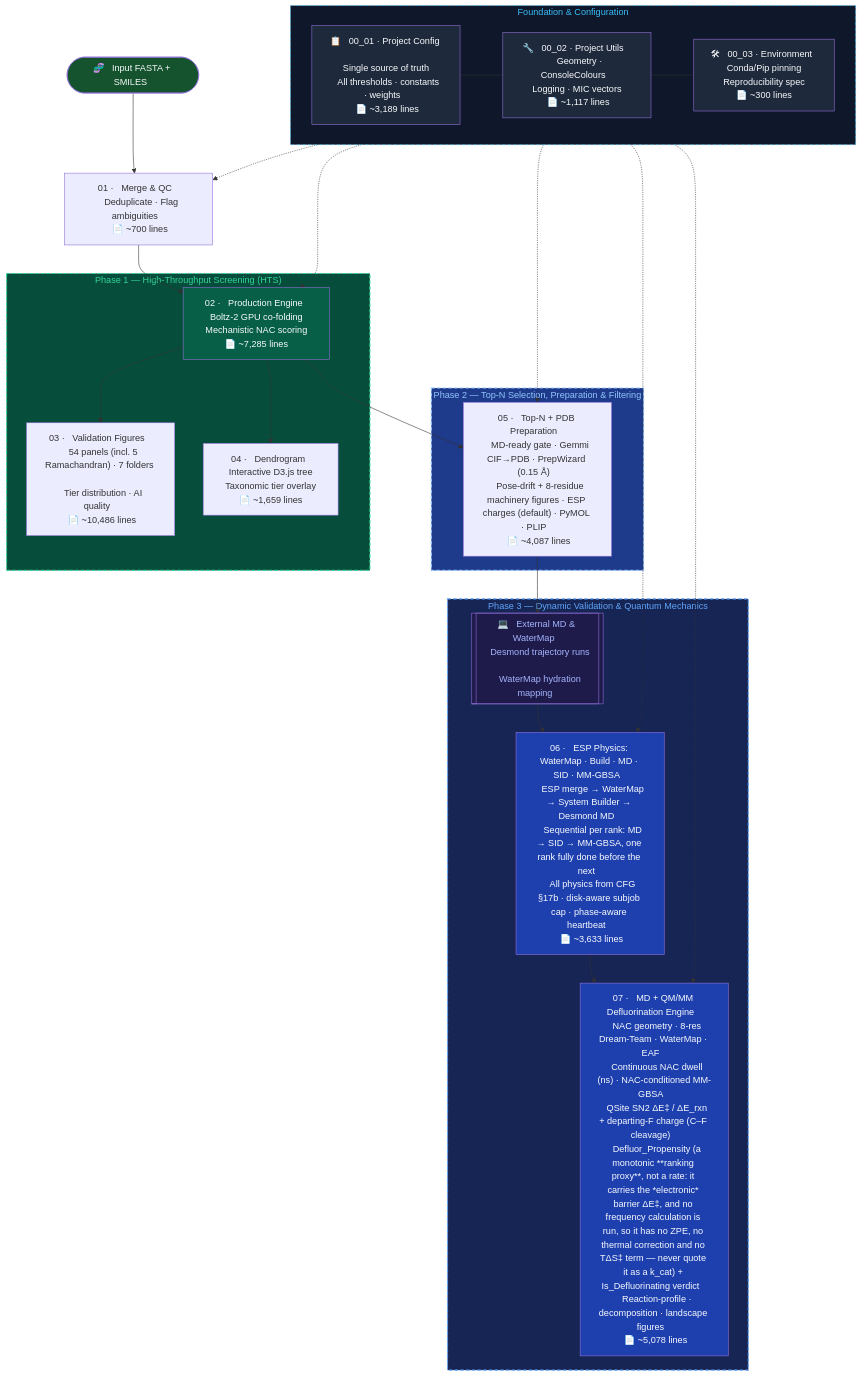
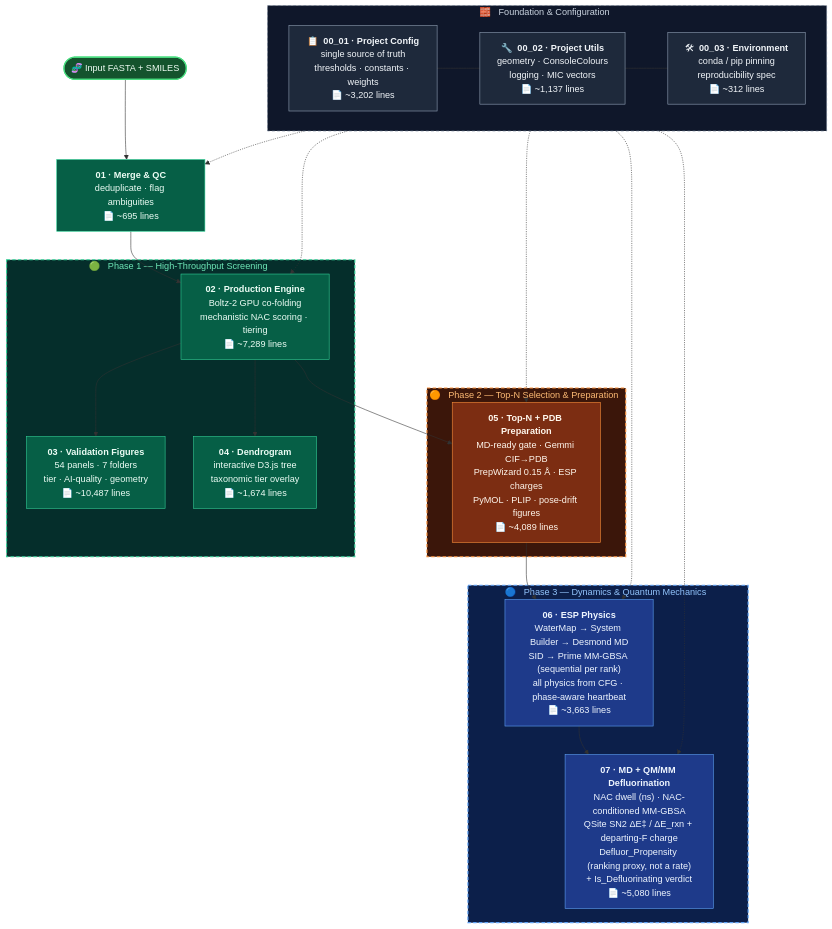
Before and after one commit to KU-MGB/DeFluorX: the diagram in README.md, drawn with Mermaid. The commit also changed other lines of this file and 11 other files, not shown here.

First line of the commit message:
CSV SSOT rename + latest-by-mtime inputs + README Mermaid overhaul

````diff
--- a/README.md
+++ b/README.md
@@ -190,56 +190,47 @@
 ```mermaid
 flowchart TD
-    subgraph FOUNDATION["  Foundation & Configuration  "]
-        CFG["📋 &nbsp; 00_01 · Project Config &nbsp; \n &nbsp; Single source of truth &nbsp; \n &nbsp; All thresholds · constants · weights &nbsp; \n &nbsp; 📄 ~3,189 lines &nbsp; "]
-        UTL["🔧 &nbsp; 00_02 · Project Utils &nbsp; \n &nbsp; Geometry · ConsoleColours &nbsp; \n &nbsp; Logging · MIC vectors &nbsp; \n &nbsp; 📄 ~1,117 lines &nbsp; "]
-        ENV["🛠 &nbsp; 00_03 · Environment &nbsp; \n &nbsp; Conda/Pip pinning &nbsp; \n &nbsp; Reproducibility spec &nbsp; \n &nbsp; 📄 ~300 lines &nbsp; "]
+    START(["🧬 Input FASTA + SMILES"]):::io
+
+    subgraph FOUNDATION["🧱 &nbsp; Foundation &amp; Configuration &nbsp;"]
+        direction LR
+        CFG["📋 &nbsp;<b>00_01 · Project Config</b><br/>single source of truth<br/>thresholds · constants · weights<br/>📄 ~3,202 lines"]:::found
+        UTL["🔧 &nbsp;<b>00_02 · Project Utils</b><br/>geometry · ConsoleColours<br/>logging · MIC vectors<br/>📄 ~1,137 lines"]:::found
+        ENV["🛠 &nbsp;<b>00_03 · Environment</b><br/>conda / pip pinning<br/>reproducibility spec<br/>📄 ~312 lines"]:::found
         CFG --- UTL --- ENV
     end
 
-    START(["🧬 &nbsp; Input FASTA + SMILES &nbsp;"]) --> M1
-    M1["01 · &nbsp; Merge & QC &nbsp; \n &nbsp; Deduplicate · Flag ambiguities &nbsp; \n &nbsp; 📄 ~700 lines &nbsp; "] --> M2
+    M1["<b>01 · Merge &amp; QC</b><br/>deduplicate · flag ambiguities<br/>📄 ~695 lines"]:::hts
 
-    subgraph PHASE1["  Phase 1 — High-Throughput Screening (HTS)  "]
-        M2["02 · &nbsp; Production Engine &nbsp; \n &nbsp; Boltz-2 GPU co-folding &nbsp; \n &nbsp; Mechanistic NAC scoring &nbsp; \n &nbsp; 📄 ~7,285 lines &nbsp; "]
-        M3["03 · &nbsp; Validation Figures &nbsp; \n &nbsp; 54 panels (incl. 5 Ramachandran) · 7 folders &nbsp; \n &nbsp; Tier distribution · AI quality &nbsp; \n &nbsp; 📄 ~10,486 lines &nbsp; "]
-        M4["04 · &nbsp; Dendrogram &nbsp; \n &nbsp; Interactive D3.js tree &nbsp; \n &nbsp; Taxonomic tier overlay &nbsp; \n &nbsp; 📄 ~1,659 lines &nbsp; "]
+    subgraph PHASE1["🟢 &nbsp; Phase 1 — High-Throughput Screening &nbsp;"]
+        M2["<b>02 · Production Engine</b><br/>Boltz-2 GPU co-folding<br/>mechanistic NAC scoring · tiering<br/>📄 ~7,289 lines"]:::hts
+        M3["<b>03 · Validation Figures</b><br/>54 panels · 7 folders<br/>tier · AI-quality · geometry<br/>📄 ~10,487 lines"]:::hts
+        M4["<b>04 · Dendrogram</b><br/>interactive D3.js tree<br/>taxonomic tier overlay<br/>📄 ~1,674 lines"]:::hts
         M2 --> M3
         M2 --> M4
     end
 
-    M2 --> M5
-
-    subgraph PHASE2["  Phase 2 — Top-N Selection, Preparation & Filtering  "]
-        M5["05 · &nbsp; Top-N + PDB Preparation &nbsp; \n &nbsp; MD-ready gate · Gemmi CIF→PDB · PrepWizard (0.15 Å) &nbsp; \n &nbsp; Pose-drift + 8-residue machinery figures · ESP charges (default) · PyMOL · PLIP &nbsp; \n &nbsp; 📄 ~4,087 lines &nbsp; "]
+    subgraph PHASE2["🟠 &nbsp; Phase 2 — Top-N Selection &amp; Preparation &nbsp;"]
+        M5["<b>05 · Top-N + PDB Preparation</b><br/>MD-ready gate · Gemmi CIF→PDB<br/>PrepWizard 0.15 Å · ESP charges<br/>PyMOL · PLIP · pose-drift figures<br/>📄 ~4,089 lines"]:::prep
     end
 
-    M5 --> EXT_MD
-
-    subgraph PHASE3["  Phase 3 — Dynamic Validation & Quantum Mechanics  "]
-        EXT_MD[["💻 &nbsp; External MD & WaterMap &nbsp; \n &nbsp; Desmond trajectory runs &nbsp; \n &nbsp; WaterMap hydration mapping &nbsp;"]]
-        M6["06 · &nbsp; ESP Physics: WaterMap · Build · MD · SID · MM-GBSA &nbsp; \n &nbsp; ESP merge → WaterMap → System Builder → Desmond MD &nbsp; \n &nbsp; Sequential per rank: MD → SID → MM-GBSA, one rank fully done before the next &nbsp; \n &nbsp; All physics from CFG §17b · disk-aware subjob cap · phase-aware heartbeat &nbsp; \n &nbsp; 📄 ~3,633 lines &nbsp; "]
-        M7["07 · &nbsp; MD + QM/MM Defluorination Engine &nbsp; \n &nbsp; NAC geometry · 8-res Dream-Team · WaterMap · EAF &nbsp; \n &nbsp; Continuous NAC dwell (ns) · NAC-conditioned MM-GBSA &nbsp; \n &nbsp; QSite SN2 ΔE‡ / ΔE_rxn + departing-F charge (C–F cleavage) &nbsp; \n &nbsp; Defluor_Propensity (a monotonic **ranking proxy**, not a rate: it carries the *electronic* barrier ΔE‡, and no frequency calculation is run, so it has no ZPE, no thermal correction and no TΔS‡ term — never quote it as a k_cat) + Is_Defluorinating verdict &nbsp; \n &nbsp; Reaction-profile · decomposition · landscape figures &nbsp; \n &nbsp; 📄 ~5,078 lines &nbsp; "]
-        EXT_MD --> M6 --> M7
+    subgraph PHASE3["🔵 &nbsp; Phase 3 — Dynamics &amp; Quantum Mechanics &nbsp;"]
+        M6["<b>06 · ESP Physics</b><br/>WaterMap → System Builder → Desmond MD<br/>SID → Prime MM-GBSA (sequential per rank)<br/>all physics from CFG · phase-aware heartbeat<br/>📄 ~3,663 lines"]:::dyn
+        M7["<b>07 · MD + QM/MM Defluorination</b><br/>NAC dwell (ns) · NAC-conditioned MM-GBSA<br/>QSite SN2 ΔE‡ / ΔE_rxn + departing-F charge<br/>Defluor_Propensity (ranking proxy, not a rate)<br/>+ Is_Defluorinating verdict<br/>📄 ~5,080 lines"]:::dyn
+        M6 --> M7
     end
 
-    %% Dependencies
-    FOUNDATION -.-> M1
-    FOUNDATION -.-> M2
-    FOUNDATION -.-> M5
-    FOUNDATION -.-> M6
-    FOUNDATION -.-> M7
+    START --> M1 --> M2
+    M2 --> M5 --> M6
+    FOUNDATION -.-> M1 & M2 & M5 & M6 & M7
 
-    style FOUNDATION fill:#0f172a,color:#38bdf8,stroke:#38bdf8
-    style CFG fill:#1e293b,color:#f8fafc
-    style UTL fill:#1e293b,color:#f8fafc
-    style ENV fill:#1e293b,color:#f8fafc
-    style PHASE1 fill:#064e3b,color:#34d399,stroke:#34d399,stroke-width:2px,stroke-dasharray: 6 4
-    style PHASE2 fill:#1e3a8a,color:#93c5fd,stroke:#93c5fd,stroke-width:2px,stroke-dasharray: 6 4
-    style PHASE3 fill:#172554,color:#60a5fa,stroke:#60a5fa,stroke-width:2px,stroke-dasharray: 6 4
-    style FOUNDATION stroke-dasharray: 6 4
-    style M2 fill:#065f46,color:#f8fafc
-    style M6 fill:#1e40af,color:#f8fafc
-    style M7 fill:#1e40af,color:#f8fafc
-    style START fill:#14532d,color:#f8fafc
-    style EXT_MD fill:#1e1b4b,color:#a5b4fc
+    classDef io    fill:#14532d,stroke:#4ade80,color:#f0fdf4,stroke-width:2px
+    classDef found fill:#1e293b,stroke:#94a3b8,color:#f1f5f9
+    classDef hts   fill:#065f46,stroke:#34d399,color:#ecfdf5
+    classDef prep  fill:#7c2d12,stroke:#fb923c,color:#fff7ed
+    classDef dyn   fill:#1e3a8a,stroke:#60a5fa,color:#eff6ff
+
+    style FOUNDATION fill:#0f172a,stroke:#64748b,color:#cbd5e1,stroke-width:1px,stroke-dasharray:5 4
+    style PHASE1 fill:#052e2b,stroke:#34d399,color:#6ee7b7,stroke-width:2px,stroke-dasharray:6 4
+    style PHASE2 fill:#3b160a,stroke:#fb923c,color:#fdba74,stroke-width:2px,stroke-dasharray:6 4
+    style PHASE3 fill:#0c1f4a,stroke:#60a5fa,color:#93c5fd,stroke-width:2px,stroke-dasharray:6 4
 ```
````
